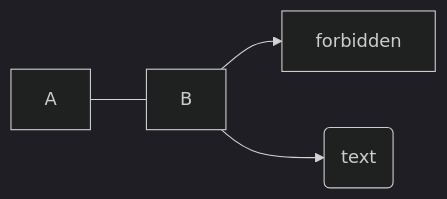
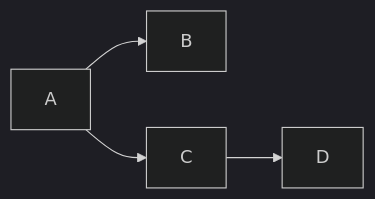
One commit to alexandrasouly/alexandrasouly.github.io changed the diagram in _posts/2021-05-03-Mermaid.md. Above: the diagram before and after it, drawn with Mermaid (dark theme). The commit also changed other lines of this file, not shown here.

````diff
--- a/_posts/2021-05-03-Mermaid.md
+++ b/_posts/2021-05-03-Mermaid.md
@@ -13,6 +13,6 @@
 ```mermaid
- graph LR
-      A --- B
-      B-->C[forbidden]
-      B-->D(text);
+graph LR
+   A --> B
+   A -->C
+   C -->D
 ```
````
